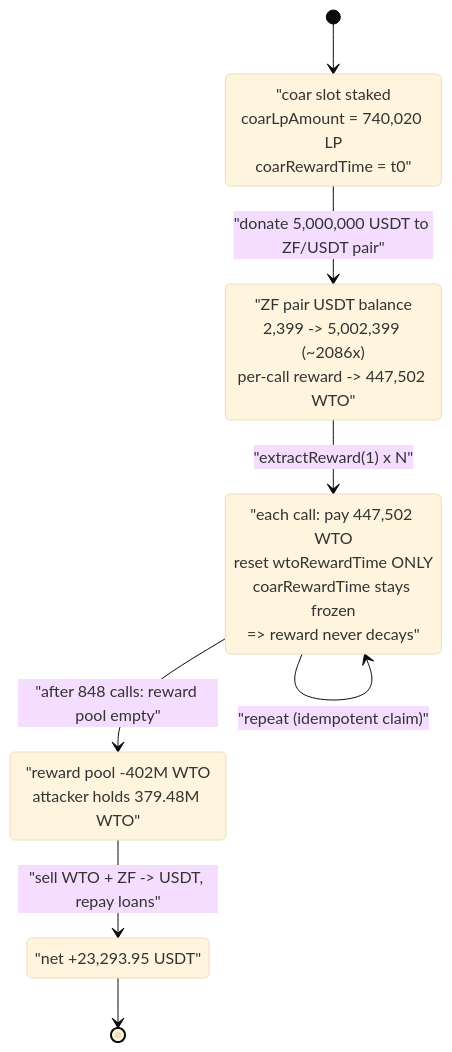
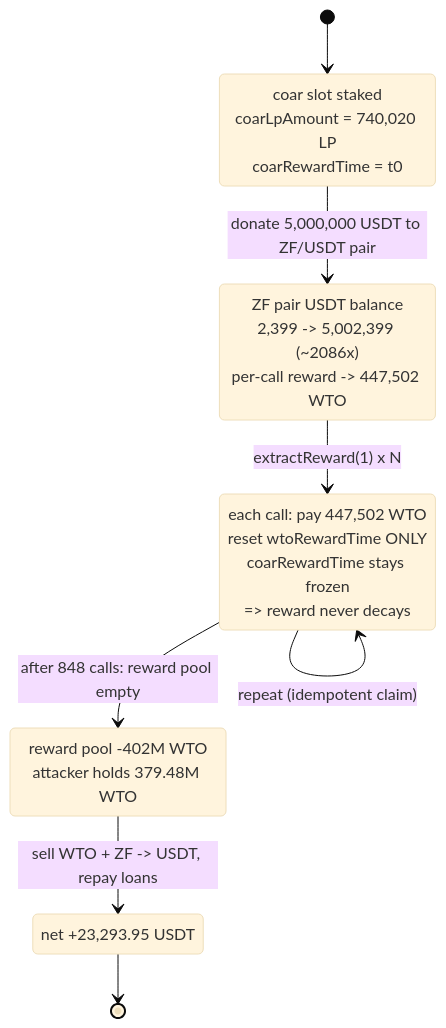
The second of 3 diagrams in 2025-01-LPMine_exp/LPMine_exp.md (sanbir/evm-hack-registry), drawn with Mermaid (base theme) before and after one commit. The commit also changed 280 other files, not shown here.

Commit message:
mermaid fixes

````diff
--- a/2025-01-LPMine_exp/LPMine_exp.md
+++ b/2025-01-LPMine_exp/LPMine_exp.md
@@ -321,15 +321,15 @@
 ```mermaid
 stateDiagram-v2
     [*] --> Staked
-    Staked: "coar slot staked<br/>coarLpAmount = 740,020 LP<br/>coarRewardTime = t0"
-    Staked --> Inflated: "donate 5,000,000 USDT to ZF/USDT pair"
-    Inflated: "ZF pair USDT balance<br/>2,399 -> 5,002,399 (~2086x)<br/>per-call reward -> 447,502 WTO"
-    Inflated --> Looping: "extractReward(1) x N"
-    Looping: "each call: pay 447,502 WTO<br/>reset wtoRewardTime ONLY<br/>coarRewardTime stays frozen<br/>=> reward never decays"
-    Looping --> Looping: "repeat (idempotent claim)"
-    Looping --> Drained: "after 848 calls: reward pool empty"
-    Drained: "reward pool -402M WTO<br/>attacker holds 379.48M WTO"
-    Drained --> Cashed: "sell WTO + ZF -> USDT, repay loans"
-    Cashed: "net +23,293.95 USDT"
+    Staked: coar slot staked<br/>coarLpAmount = 740,020 LP<br/>coarRewardTime = t0
+    Staked --> Inflated: donate 5,000,000 USDT to ZF/USDT pair
+    Inflated: ZF pair USDT balance<br/>2,399 -> 5,002,399 (~2086x)<br/>per-call reward -> 447,502 WTO
+    Inflated --> Looping: extractReward(1) x N
+    Looping: each call#58; pay 447,502 WTO<br/>reset wtoRewardTime ONLY<br/>coarRewardTime stays frozen<br/>=> reward never decays
+    Looping --> Looping: repeat (idempotent claim)
+    Looping --> Drained: after 848 calls#58; reward pool empty
+    Drained: reward pool -402M WTO<br/>attacker holds 379.48M WTO
+    Drained --> Cashed: sell WTO + ZF -> USDT, repay loans
+    Cashed: net +23,293.95 USDT
     Cashed --> [*]
 ```
````
